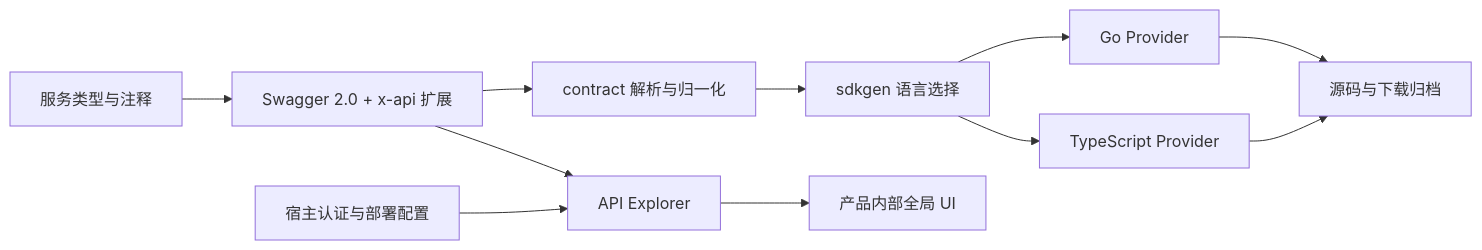
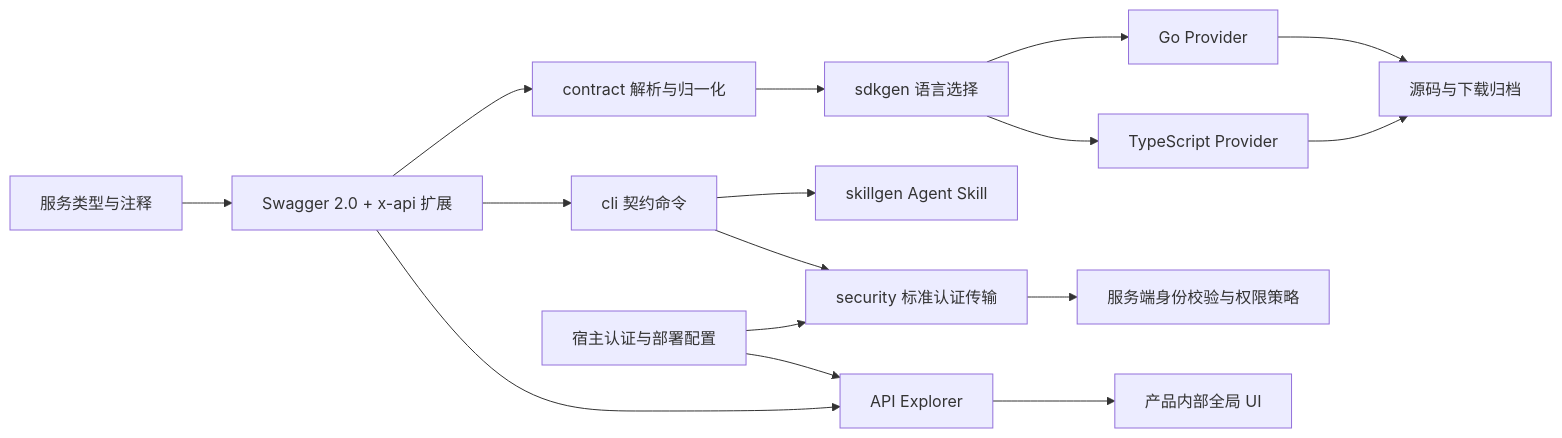
Before and after one commit to PerfectZQ/openapi-workbench: the diagram in doc/architecture/architecture.md, drawn with Mermaid. The commit also changed other lines of this file and 42 other files, not shown here.

Commit message:
feat(repo): 统一 CLI 与 Skill 生成并提供标准认证鉴权

````diff
--- a/doc/architecture/architecture.md
+++ b/doc/architecture/architecture.md
@@ -5,13 +5,18 @@
 ```mermaid
 flowchart LR
   Source[服务类型与注释] --> Spec[Swagger 2.0 + x-api 扩展]
   Spec --> Contract[contract 解析与归一化]
   Contract --> Generator[sdkgen 语言选择]
   Generator --> Go[Go Provider]
   Generator --> TS[TypeScript Provider]
+  Spec --> CLI[cli 契约命令]
+  CLI --> Skills[skillgen Agent Skill]
+  CLI --> Security[security 标准认证传输]
+  Host --> Security
+  Security --> API[服务端身份校验与权限策略]
   Spec --> Frontend[API Explorer]
   Host[宿主认证与部署配置] --> Frontend
   Frontend --> UI[产品内部全局 UI]
   Go --> Artifacts[源码与下载归档]
   TS --> Artifacts
 ```
````
